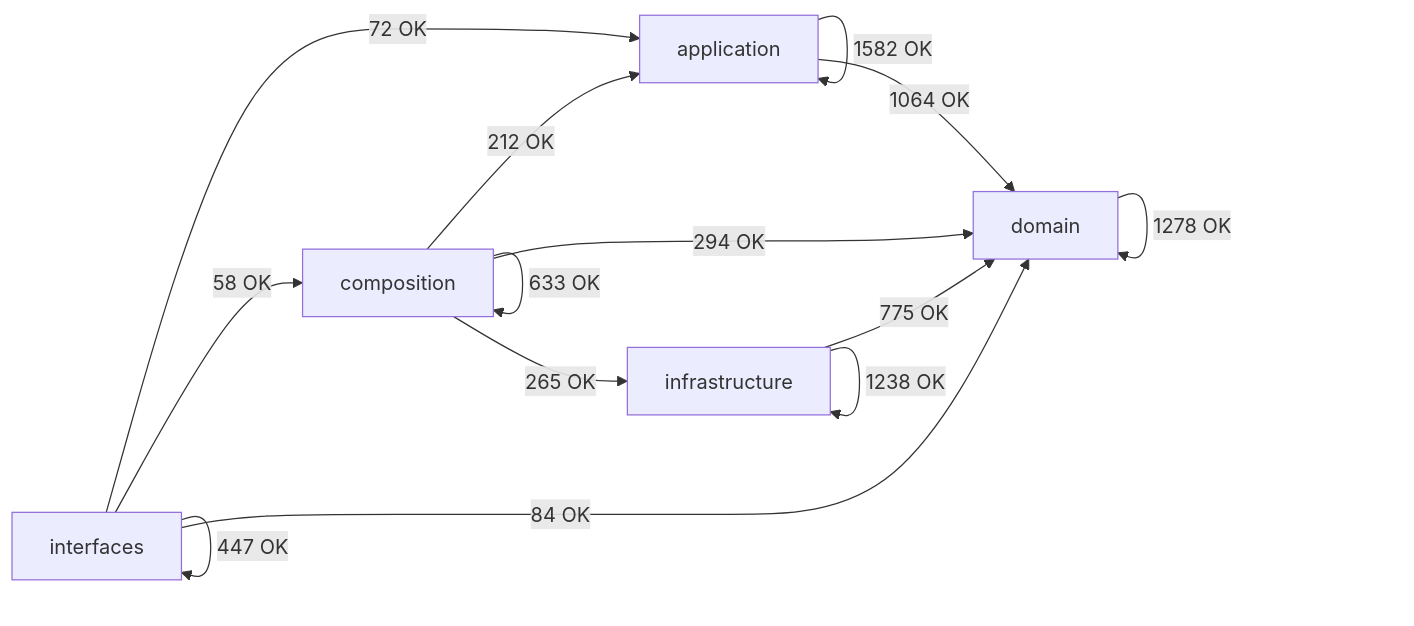
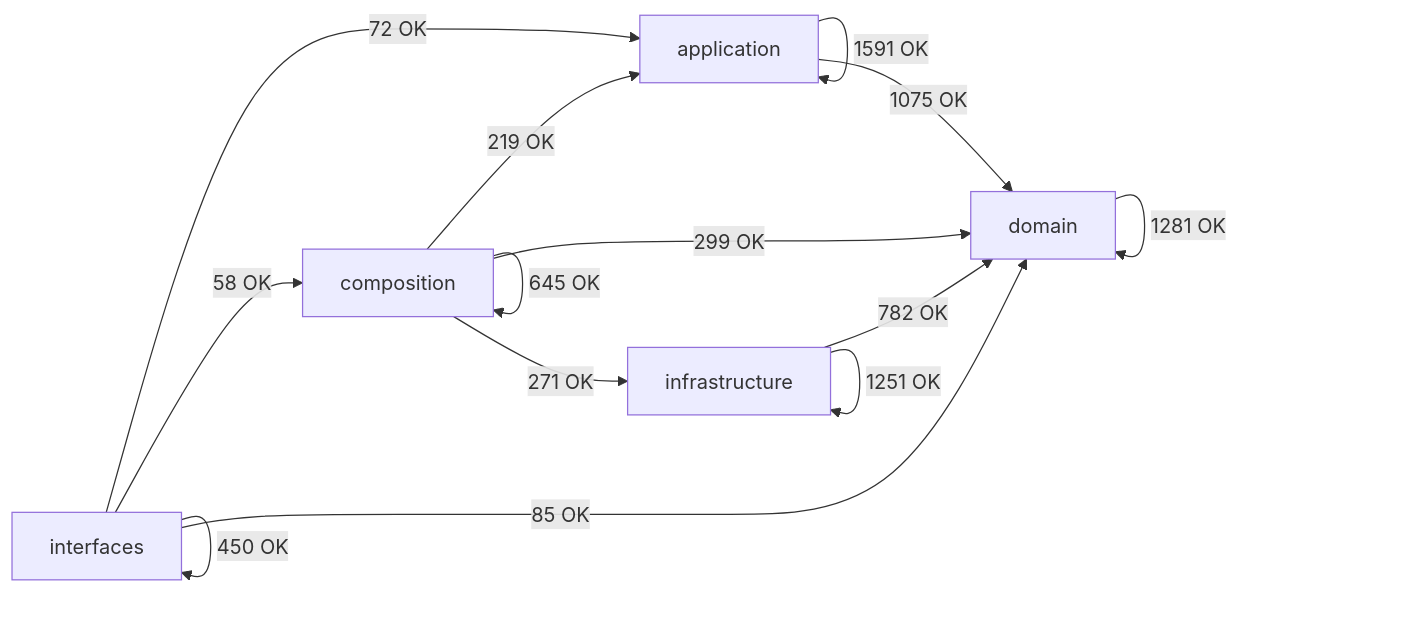
One commit to SatoryKono/BioactivityDataAcquisition changed the diagram in docs/02-architecture/generated/module-dependency-map.md. Above: the diagram before and after it, drawn with Mermaid. The commit also changed other lines of this file and 54 other files, not shown here.

````diff
--- a/docs/02-architecture/generated/module-dependency-map.md
+++ b/docs/02-architecture/generated/module-dependency-map.md
@@ -17,21 +17,21 @@
 ```mermaid
 flowchart LR
     domain[domain]
     application[application]
     infrastructure[infrastructure]
     composition[composition]
     interfaces[interfaces]
-    application -->|1582 OK| application
-    application -->|1064 OK| domain
-    composition -->|212 OK| application
-    composition -->|633 OK| composition
-    composition -->|294 OK| domain
-    composition -->|265 OK| infrastructure
-    domain -->|1278 OK| domain
-    infrastructure -->|775 OK| domain
-    infrastructure -->|1238 OK| infrastructure
+    application -->|1591 OK| application
+    application -->|1075 OK| domain
+    composition -->|219 OK| application
+    composition -->|645 OK| composition
+    composition -->|299 OK| domain
+    composition -->|271 OK| infrastructure
+    domain -->|1281 OK| domain
+    infrastructure -->|782 OK| domain
+    infrastructure -->|1251 OK| infrastructure
     interfaces -->|72 OK| application
     interfaces -->|58 OK| composition
-    interfaces -->|84 OK| domain
-    interfaces -->|447 OK| interfaces
+    interfaces -->|85 OK| domain
+    interfaces -->|450 OK| interfaces
 ```
````
